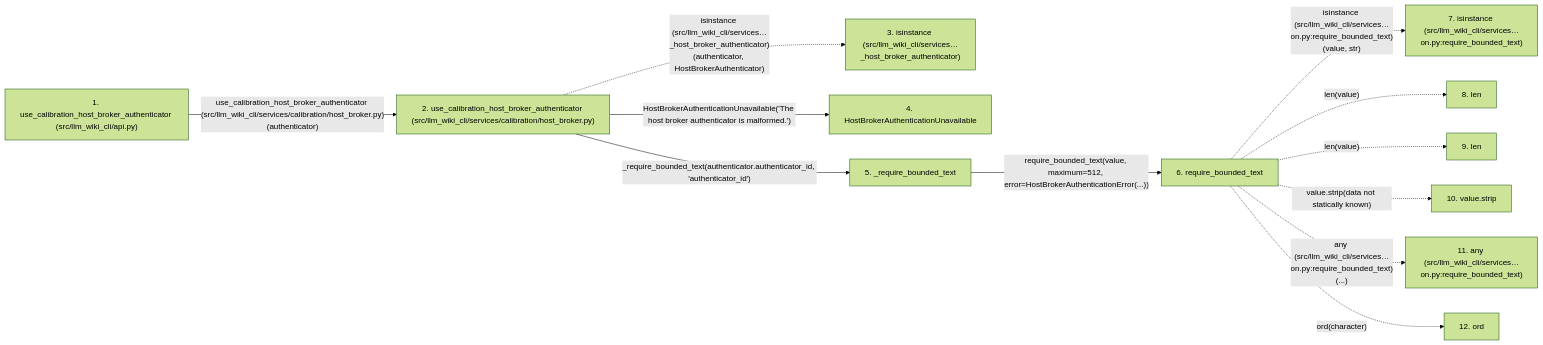
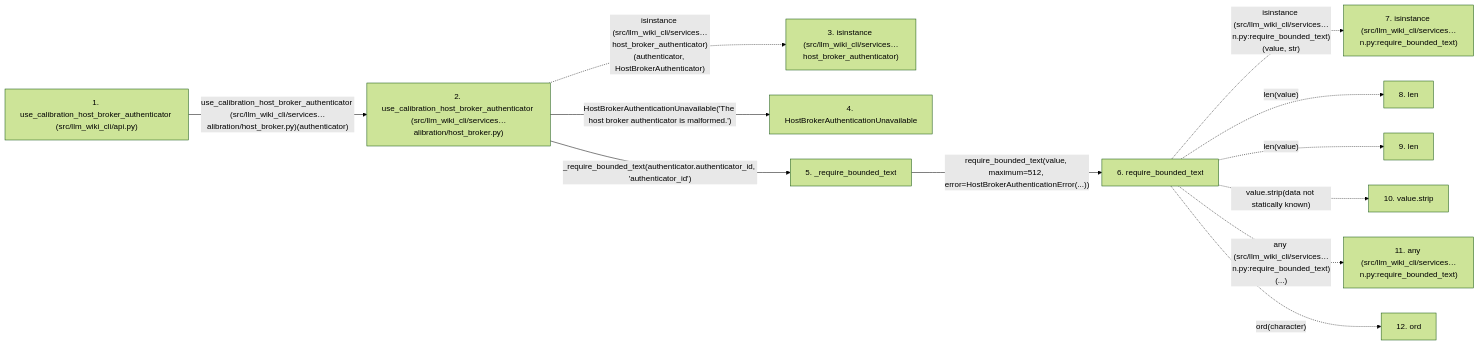
The second of 2 diagrams in docs/llm_wiki/flows/api-use_calibration_host_broker_authenticator-api.md (Denissvgn/python-wiki-llm), drawn with Mermaid (forest theme) before and after one commit. The commit also changed other lines of this file and 398 other files, not shown here.

````diff
--- a/docs/llm_wiki/flows/api-use_calibration_host_broker_authenticator-api.md
+++ b/docs/llm_wiki/flows/api-use_calibration_host_broker_authenticator-api.md
@@ -75,31 +76,31 @@
 ```mermaid
 flowchart LR
     s1["1. use_calibration_host_broker_authenticator (src/llm_wiki_cli/api.py)"]
-    s2["2. use_calibration_host_broker_authenticator (src/llm_wiki_cli/services/calibration/host_broker.py)"]
-    s3["3. isinstance (src/llm_wiki_cli/services…_host_broker_authenticator)"]
+    s2["2. use_calibration_host_broker_authenticator (src/llm_wiki_cli/services…alibration/host_broker.py)"]
+    s3["3. isinstance (src/llm_wiki_cli/services…host_broker_authenticator)"]
     s4["4. HostBrokerAuthenticationUnavailable"]
     s5["5. _require_bounded_text"]
     s6["6. require_bounded_text"]
-    s7["7. isinstance (src/llm_wiki_cli/services…on.py:require_bounded_text)"]
+    s7["7. isinstance (src/llm_wiki_cli/services…n.py:require_bounded_text)"]
     s8["8. len"]
     s9["9. len"]
     s10["10. value.strip"]
-    s11["11. any (src/llm_wiki_cli/services…on.py:require_bounded_text)"]
+    s11["11. any (src/llm_wiki_cli/services…n.py:require_bounded_text)"]
     s12["12. ord"]
-    s1 -->|"use_calibration_host_broker_authenticator (src/llm_wiki_cli/services/calibration/host_broker.py)(authenticator)"| s2
-    s2 -. "isinstance (src/llm_wiki_cli/services…_host_broker_authenticator)(authenticator, HostBrokerAuthenticator)" .-> s3
+    s1 -->|"use_calibration_host_broker_authenticator (src/llm_wiki_cli/services…alibration/host_broker.py)(authenticator)"| s2
+    s2 -. "isinstance (src/llm_wiki_cli/services…host_broker_authenticator)(authenticator, HostBrokerAuthenticator)" .-> s3
     s2 -->|"HostBrokerAuthenticationUnavailable('The host broker authenticator is malformed.')"| s4
     s2 -->|"_require_bounded_text(authenticator.authenticator_id, 'authenticator_id')"| s5
     s5 -->|"require_bounded_text(value, maximum=512, error=HostBrokerAuthenticationError(...))"| s6
-    s6 -. "isinstance (src/llm_wiki_cli/services…on.py:require_bounded_text)(value, str)" .-> s7
+    s6 -. "isinstance (src/llm_wiki_cli/services…n.py:require_bounded_text)(value, str)" .-> s7
     s6 -. "len(value)" .-> s8
     s6 -. "len(value)" .-> s9
     s6 -. "value.strip(data not statically known)" .-> s10
-    s6 -. "any (src/llm_wiki_cli/services…on.py:require_bounded_text)(...)" .-> s11
+    s6 -. "any (src/llm_wiki_cli/services…n.py:require_bounded_text)(...)" .-> s11
     s6 -. "ord(character)" .-> s12
     click s1 "../modules/api.md"
     click s2 "../modules/host_broker.md"
     click s4 "../modules/host_broker.md"
     click s5 "../modules/host_broker.md"
     click s6 "../modules/validation.md"
 ```
````
